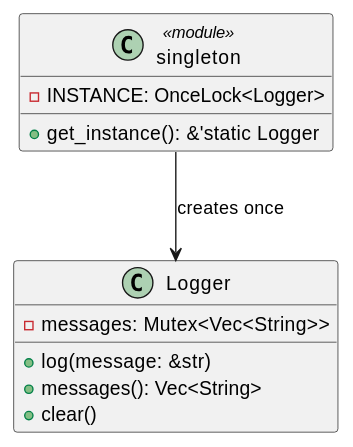
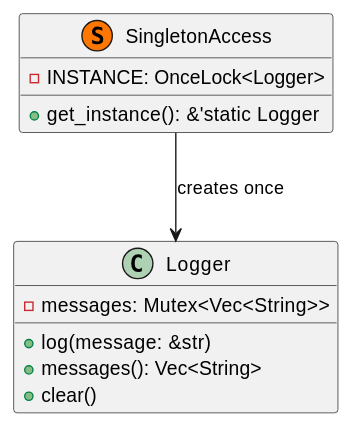
The diagram in docs/article/rust/13-singleton.md (k2works/getting-started-design-pattern), drawn with PlantUML before and after one commit. The commit also changed other lines of this file and 8 other files, not shown here.

````diff
--- a/docs/article/rust/13-singleton.md
+++ b/docs/article/rust/13-singleton.md
@@ -9,17 +9,17 @@
 ```plantuml
 @startuml
 class Logger {
   -messages: Mutex<Vec<String>>
   +log(message: &str)
   +messages(): Vec<String>
   +clear()
 }
 
-class singleton <<module>> {
+class SingletonAccess <<(S,#FF7700)>> {
   -INSTANCE: OnceLock<Logger>
   +get_instance(): &'static Logger
 }
 
-singleton --> Logger : creates once
+SingletonAccess --> Logger : creates once
 @enduml
 ```
````
